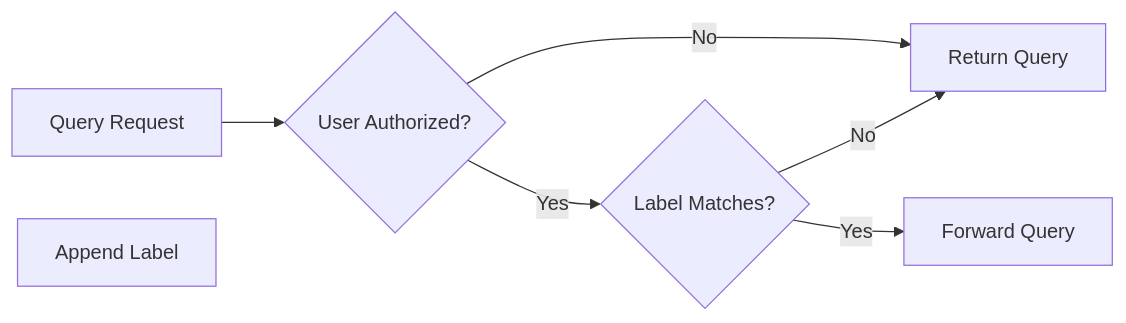
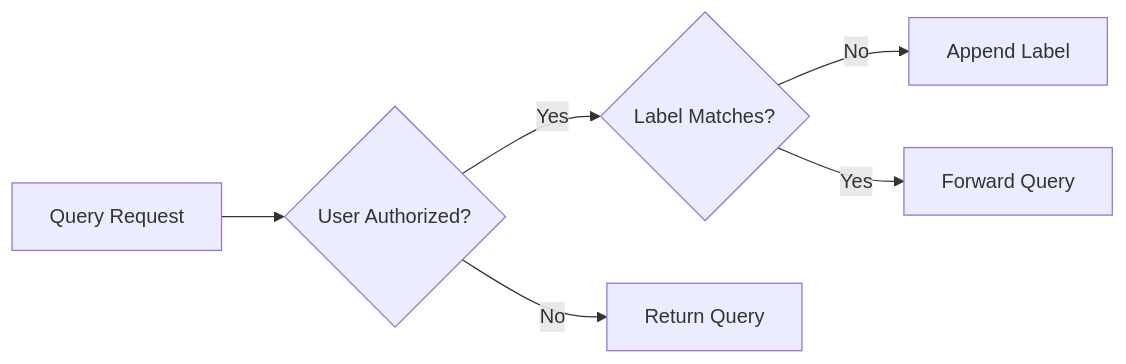
The first of 2 diagrams in README.MD (gepaplexx/multena-proxy), drawn with Mermaid before and after one commit. The commit also changed other lines of this file, not shown here.

Commit message:
GPX-670: fiexd diagram + added thanos

````diff
--- a/README.MD
+++ b/README.MD
@@ -23,15 +24,15 @@
 ```mermaid
 graph LR
     A[Query Request]
     B{User Authorized?}
     C{Label Matches?}
     D[Append Label]
     E[Return Query]
     F[Forward Query]
     
     A --> B
     B -- No --> E
     B -- Yes --> C
-    C -- No --> E
+    C -- No --> D
     C -- Yes --> F
 ```
````
